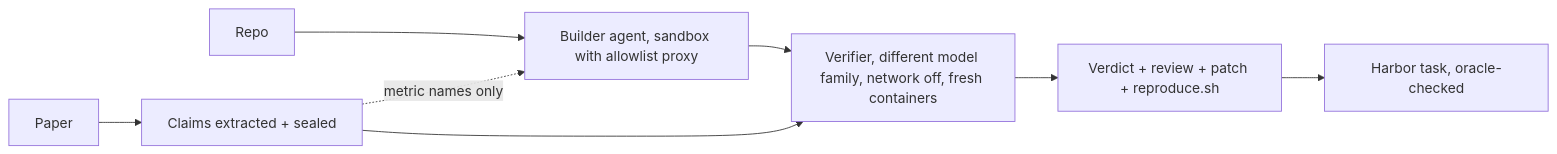
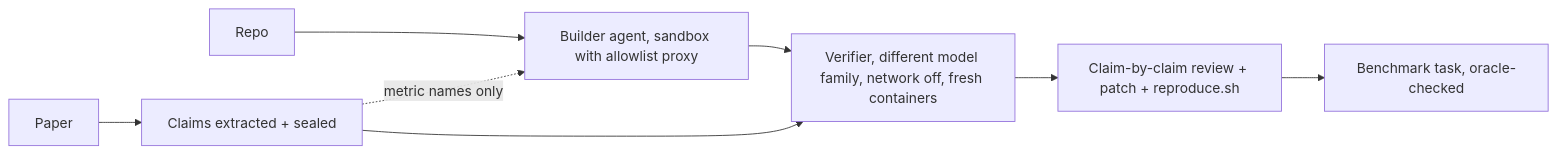
One commit to isHeSatoshi/paperci changed the diagram in README.md. Above: the diagram before and after it, drawn with Mermaid. The commit also changed other lines of this file and 3 other files, not shown here.

First line of the commit message:
README: claim-verification framing, try-it link, review prices, vision, pass/fail agent screenshots

````diff
--- a/README.md
+++ b/README.md
@@ -68,10 +43,10 @@
 ```mermaid
 flowchart LR
     P[Paper] --> C[Claims extracted + sealed]
     R[Repo] --> B[Builder agent, sandbox with allowlist proxy]
     C -. metric names only .-> B
     B --> V[Verifier, different model family, network off, fresh containers]
     C --> V
-    V --> D[Verdict + review + patch + reproduce.sh]
-    D --> T[Harbor task, oracle-checked]
+    V --> D[Claim-by-claim review + patch + reproduce.sh]
+    D --> T[Benchmark task, oracle-checked]
 ```
````
